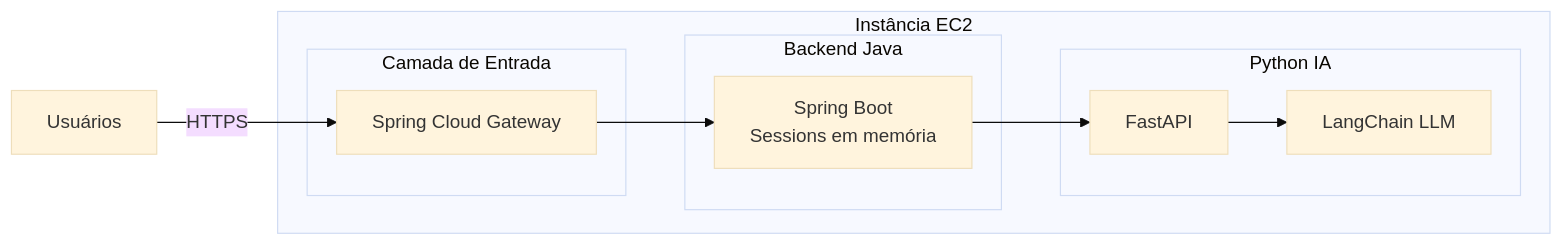
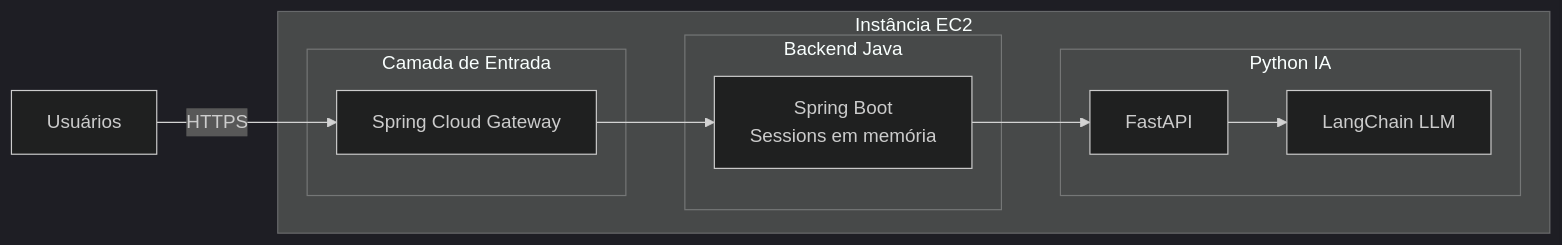
The third of 3 diagrams in README.md (GleidesonFr/archonIA), drawn with Mermaid before and after one commit. The commit also changed other lines of this file, not shown here.

Commit message:
add: dark theme in diagrams has been created.

````diff
--- a/README.md
+++ b/README.md
@@ -152,33 +152,33 @@
 ```mermaid
 ---
 config:
-      theme: base
+      theme: dark
 ---
 flowchart LR
 User[Usuários]
 
 
 subgraph AWS_EC2[Instância EC2]
 subgraph Layer1 [Camada de Entrada]
 SGW[Spring Cloud Gateway]
 end
 
 
 subgraph Layer2 [Backend Java]
 SBoot[Spring Boot
 Sessions em memória]
 end
 
 
 subgraph Layer3 [Python IA]
 FAST[FastAPI]
 LANG[LangChain LLM]
 end
 end
 
 
 User -->|HTTPS| SGW
 SGW --> SBoot
 SBoot --> FAST
 FAST --> LANG
 ```
````
